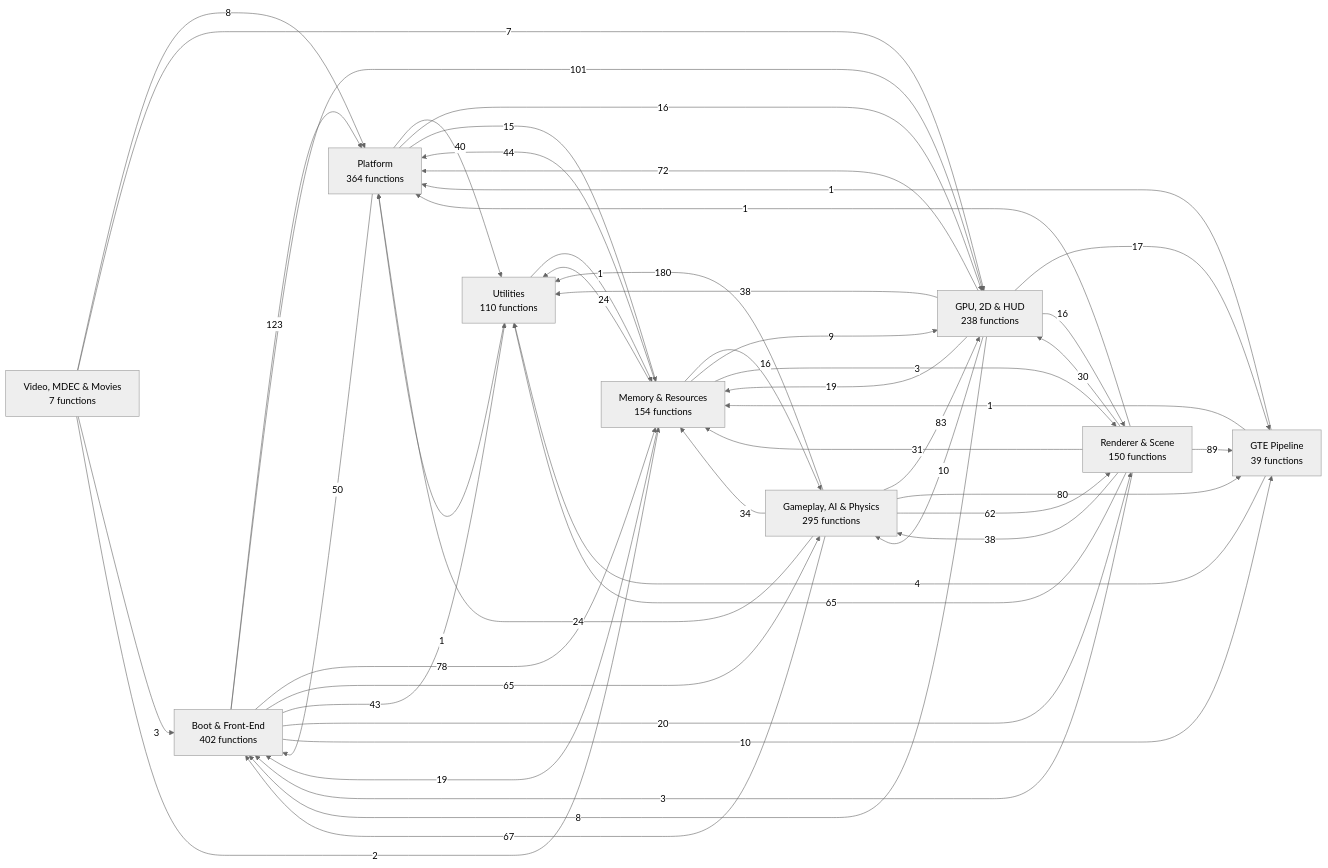
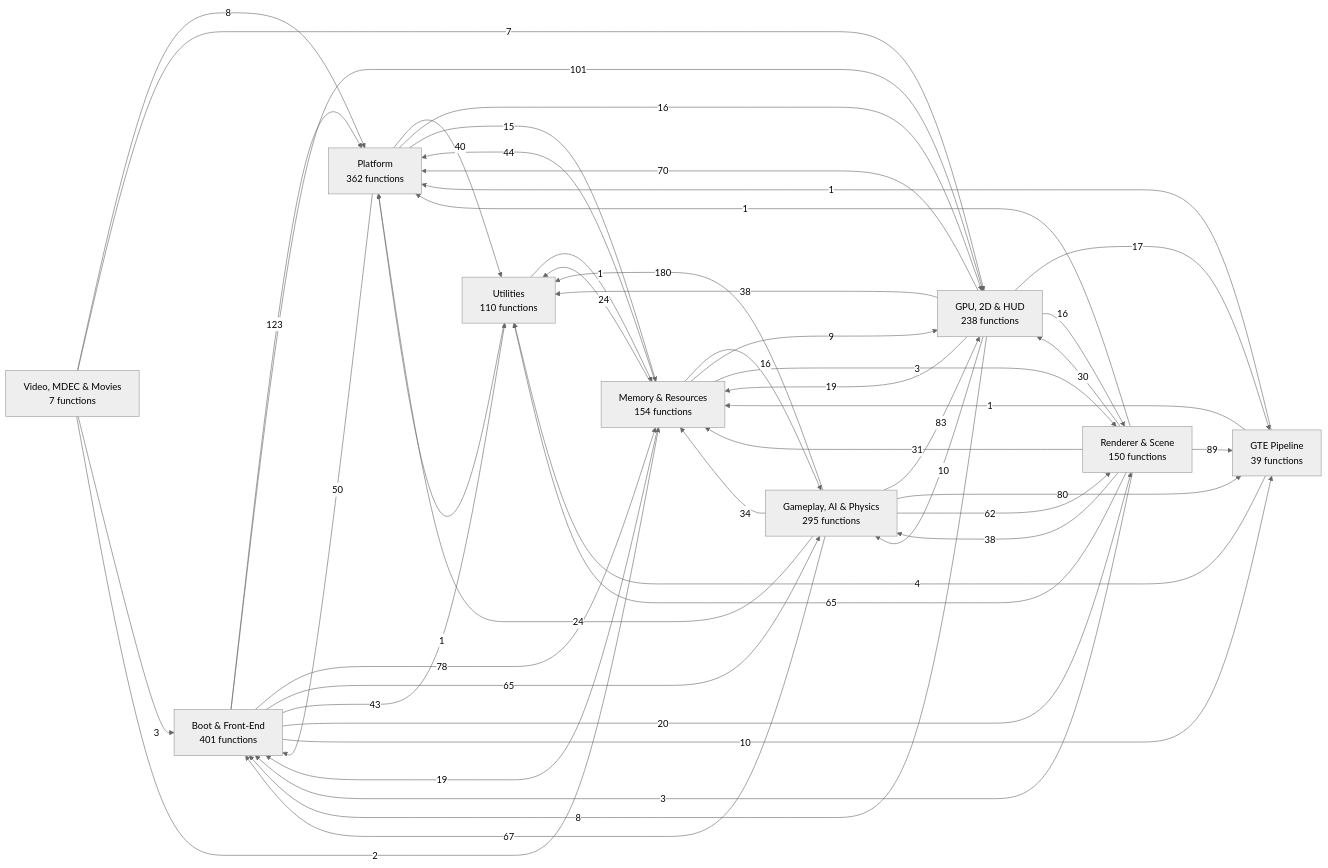
The first of 11 diagrams in docs/FUNCTION_MAP.md (kai-luni/Future-Cop-L.A.P.D-PS1), drawn with Mermaid (neutral theme) before and after one commit. The commit also changed other lines of this file and 156 other files, not shown here.

````diff
--- a/docs/FUNCTION_MAP.md
+++ b/docs/FUNCTION_MAP.md
@@ -13,59 +13,59 @@
 ```mermaid
 graph LR
-    g0["Boot & Front-End<br/>402 functions"]
+    g0["Boot & Front-End<br/>401 functions"]
     g1["Memory & Resources<br/>154 functions"]
     g2["Video, MDEC & Movies<br/>7 functions"]
     g3["GTE Pipeline<br/>39 functions"]
     g4["Renderer & Scene<br/>150 functions"]
     g5["GPU, 2D & HUD<br/>238 functions"]
     g6["Gameplay, AI & Physics<br/>295 functions"]
-    g7["Platform<br/>364 functions"]
+    g7["Platform<br/>362 functions"]
     g8["Utilities<br/>110 functions"]
     g6 -->|180| g8
     g0 -->|123| g7
     g0 -->|101| g5
     g4 -->|89| g3
     g6 -->|83| g5
     g6 -->|80| g3
     g0 -->|78| g1
-    g5 -->|72| g7
+    g5 -->|70| g7
     g6 -->|67| g0
     g0 -->|65| g6
     g4 -->|65| g8
     g6 -->|62| g4
     g7 -->|50| g0
     g1 -->|44| g7
     g0 -->|43| g8
     g7 -->|40| g8
     g5 -->|38| g8
     g4 -->|38| g6
     g6 -->|34| g1
     g4 -->|31| g1
     g4 -->|30| g5
     g6 -->|24| g7
     g1 -->|24| g8
     g0 -->|20| g4
     g5 -->|19| g1
     g1 -->|19| g0
     g5 -->|17| g3
     g5 -->|16| g4
     g1 -->|16| g6
     g7 -->|16| g5
     g7 -->|15| g1
     g0 -->|10| g3
     g5 -->|10| g6
     g1 -->|9| g5
     g5 -->|8| g0
     g2 -->|8| g7
     g2 -->|7| g5
     g3 -->|4| g8
     g1 -->|3| g4
     g4 -->|3| g0
     g2 -->|3| g0
     g2 -->|2| g1
     g3 -->|1| g1
     g3 -->|1| g7
     g4 -->|1| g7
     g8 -->|1| g1
     g8 -->|1| g7
 ```
````
